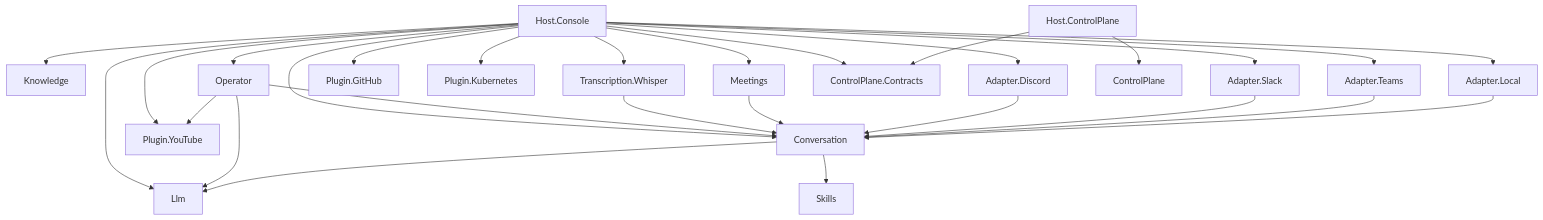
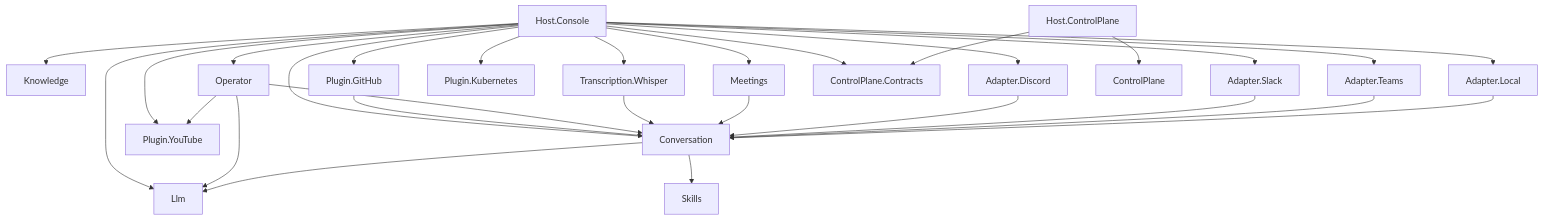
Before and after one commit to vitorafgomes/scout: the diagram in vault/pages/architecture/project-map.md, drawn with Mermaid. The commit also changed other lines of this file and 49 other files, not shown here.

````diff
--- a/vault/pages/architecture/project-map.md
+++ b/vault/pages/architecture/project-map.md
@@ -43,30 +43,31 @@
 ```mermaid
 flowchart TD
     HC[Host.Console] --> Llm
     HC --> Conversation
     HC --> Knowledge
     HC --> Discord[Adapter.Discord]
     HC --> Slack[Adapter.Slack]
     HC --> Teams[Adapter.Teams]
     HC --> Local[Adapter.Local]
     HC --> GH[Plugin.GitHub]
+    GH --> Conversation
     HC --> K8S[Plugin.Kubernetes]
     HC --> YT[Plugin.YouTube]
     HC --> Op[Operator]
     Op --> Llm
     Op --> Conversation
     Op --> YT
     HC --> Whisper[Transcription.Whisper]
     HC --> Contracts[ControlPlane.Contracts]
     Whisper --> Conversation
     HC --> Meetings
     Meetings --> Conversation
     Conversation --> Llm
     Conversation --> Skills
     Discord --> Conversation
     Slack --> Conversation
     Teams --> Conversation
     Local --> Conversation
     HCP[Host.ControlPlane] --> Contracts[ControlPlane.Contracts]
     HCP --> CP[ControlPlane]
 ```
````
